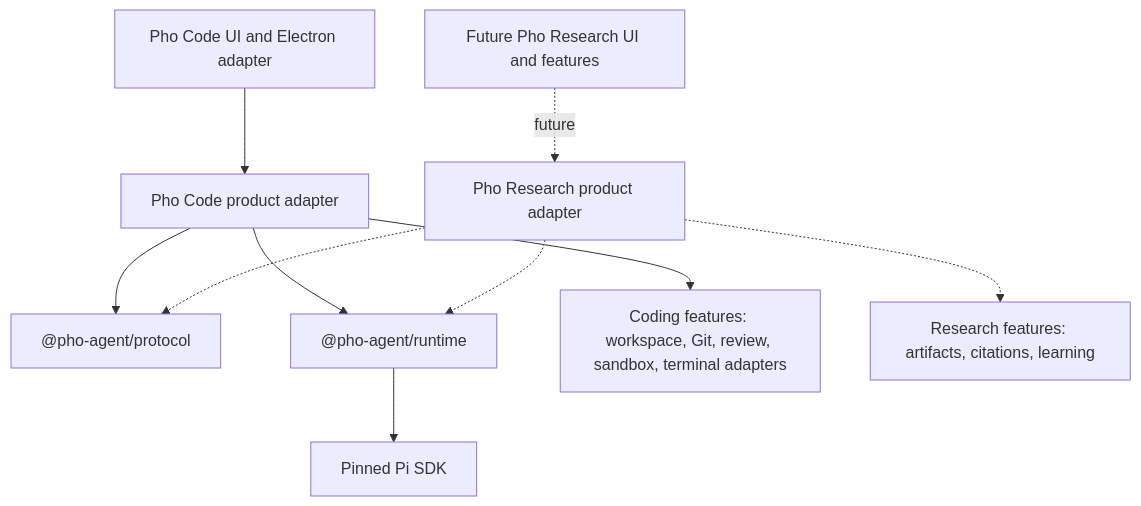
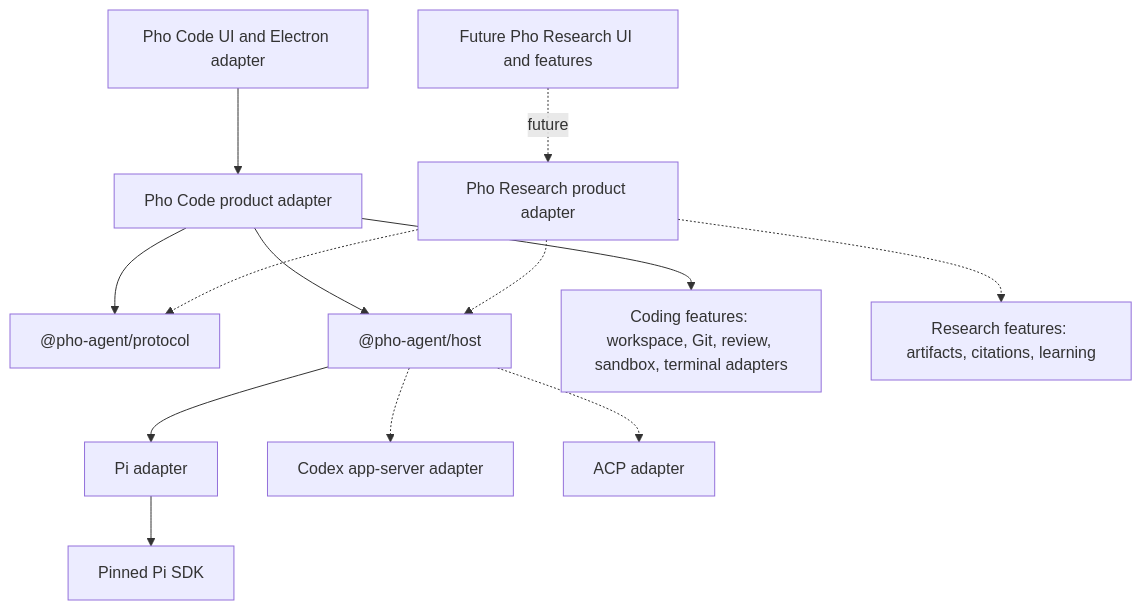
Before and after one commit to vietfood/pho-code: the diagram in docs/version/v5/product.md, drawn with Mermaid. The commit also changed other lines of this file and 73 other files, not shown here.

Commit message:
feat(agent): add Codex and ACP backend routing

````diff
--- a/docs/version/v5/product.md
+++ b/docs/version/v5/product.md
@@ -68,12 +71,15 @@
 ```mermaid
 flowchart TB
     CodeUI["Pho Code UI and Electron adapter"] --> CodeAdapter["Pho Code product adapter"]
     Research["Future Pho Research UI and features"] -. future .-> ResearchAdapter["Pho Research product adapter"]
     CodeAdapter --> AgentProtocol["@pho-agent/protocol"]
-    CodeAdapter --> AgentRuntime["@pho-agent/runtime"]
+    CodeAdapter --> AgentHost["@pho-agent/host"]
     ResearchAdapter -.-> AgentProtocol
-    ResearchAdapter -.-> AgentRuntime
-    AgentRuntime --> Pi["Pinned Pi SDK"]
+    ResearchAdapter -.-> AgentHost
+    AgentHost --> PiAdapter["Pi adapter"]
+    AgentHost -.-> CodexAdapter["Codex app-server adapter"]
+    AgentHost -.-> AcpAdapter["ACP adapter"]
+    PiAdapter --> Pi["Pinned Pi SDK"]
     CodeAdapter --> CodeFeatures["Coding features: workspace, Git, review, sandbox, terminal adapters"]
     ResearchAdapter -.-> ResearchFeatures["Research features: artifacts, citations, learning"]
 ```
````
